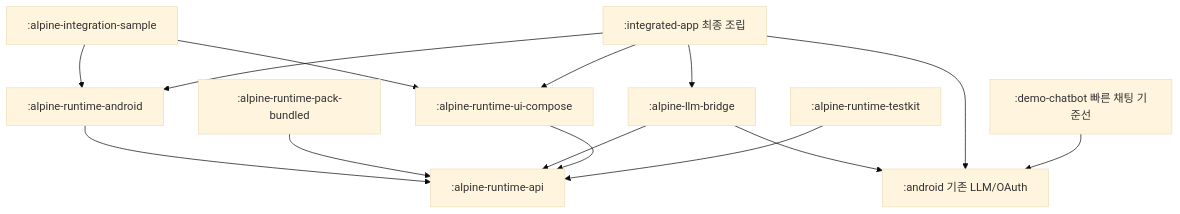
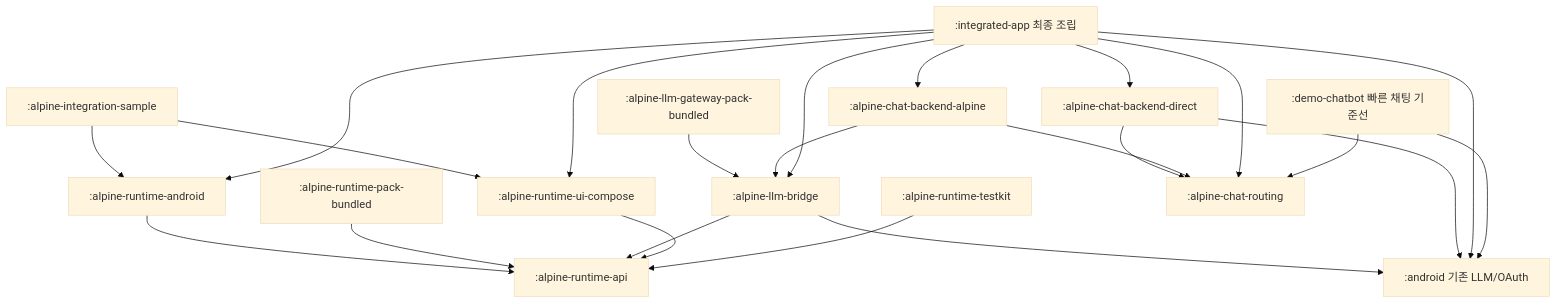
Before and after one commit to coreline-ai/alpine-llm-gateway: the diagram in dev-plan/implement_20260801_151654.md, drawn with Mermaid (base theme). The commit also changed other lines of this file and 106 other files, not shown here.

````diff
--- a/dev-plan/implement_20260801_151654.md
+++ b/dev-plan/implement_20260801_151654.md
@@ -104,27 +112,40 @@
 ```mermaid
 flowchart TB
     API[":alpine-runtime-api"]
     RUNTIME[":alpine-runtime-android"]
     PACK[":alpine-runtime-pack-bundled"]
     LLM[":android 기존 LLM/OAuth"]
     BRIDGE[":alpine-llm-bridge"]
+    GATEWAYPACK[":alpine-llm-gateway-pack-bundled"]
     UI[":alpine-runtime-ui-compose"]
     TESTKIT[":alpine-runtime-testkit"]
+    ROUTING[":alpine-chat-routing"]
+    DIRECT[":alpine-chat-backend-direct"]
+    ALPINEBACKEND[":alpine-chat-backend-alpine"]
     SAMPLE[":alpine-integration-sample"]
     CHAT[":demo-chatbot 빠른 채팅 기준선"]
     APP[":integrated-app 최종 조립"]
 
     RUNTIME --> API
     PACK --> API
     BRIDGE --> API
     BRIDGE --> LLM
+    GATEWAYPACK --> BRIDGE
     UI --> API
     TESTKIT --> API
+    DIRECT --> ROUTING
+    DIRECT --> LLM
+    ALPINEBACKEND --> ROUTING
+    ALPINEBACKEND --> BRIDGE
     SAMPLE --> RUNTIME
     SAMPLE --> UI
     APP --> RUNTIME
     APP --> BRIDGE
     APP --> UI
     APP --> LLM
+    APP --> ROUTING
+    APP --> DIRECT
+    APP --> ALPINEBACKEND
     CHAT --> LLM
+    CHAT --> ROUTING
 ```
````
